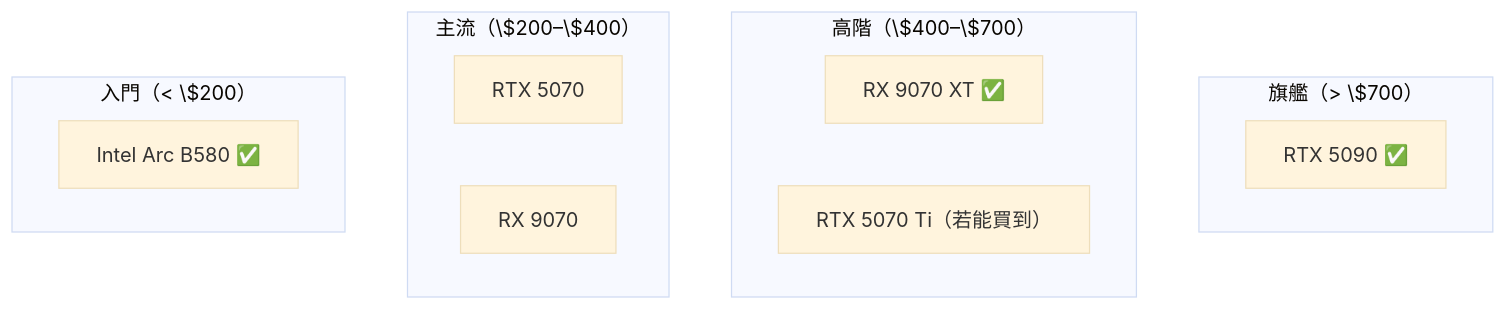
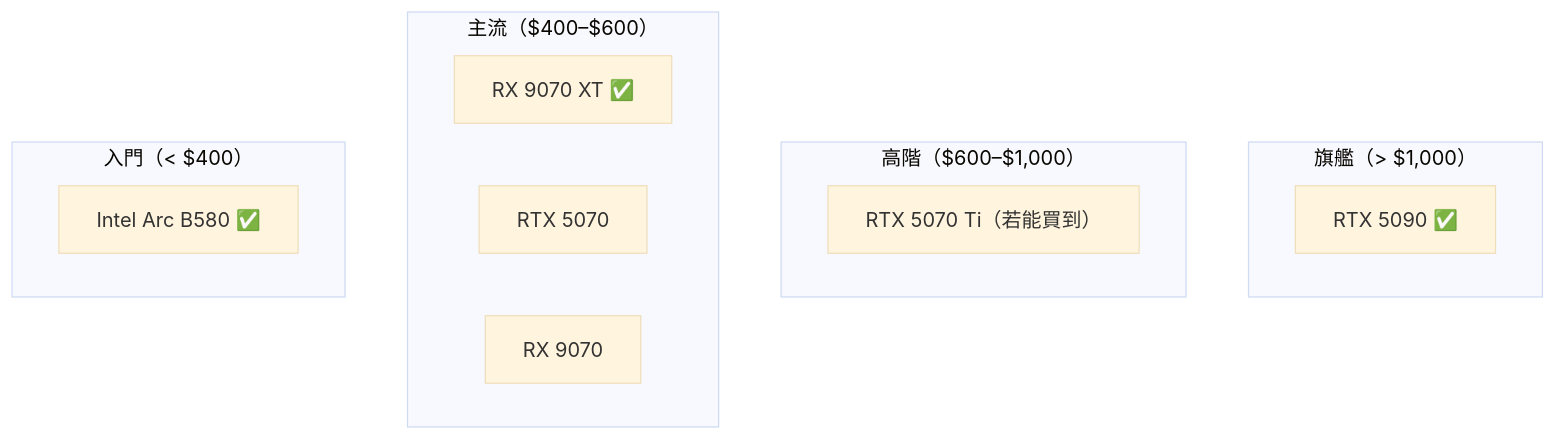
Before and after one commit to wizardhsiehcom/book: the second of 2 diagrams in docs/gpu/consumer/market-shift.md, drawn with Mermaid (base theme). The commit also changed 12 other files, not shown here.

````diff
--- a/docs/gpu/consumer/market-shift.md
+++ b/docs/gpu/consumer/market-shift.md
@@ -63,17 +63,17 @@
 ```mermaid
 flowchart TB
-    subgraph "旗艦（> \$700）"
+    subgraph "旗艦（> $1,000）"
         R5090["RTX 5090 ✅"]
     end
-    subgraph "高階（\$400–\$700）"
-        RX9070XT["RX 9070 XT ✅"]
+    subgraph "高階（$600–$1,000）"
         R5070T["RTX 5070 Ti（若能買到）"]
     end
-    subgraph "主流（\$200–\$400）"
+    subgraph "主流（$400–$600）"
+        RX9070XT["RX 9070 XT ✅"]
         R5070["RTX 5070"]
         RX9070["RX 9070"]
     end
-    subgraph "入門（< \$200）"
+    subgraph "入門（< $400）"
         ArcB580["Intel Arc B580 ✅"]
     end
 ```
````
